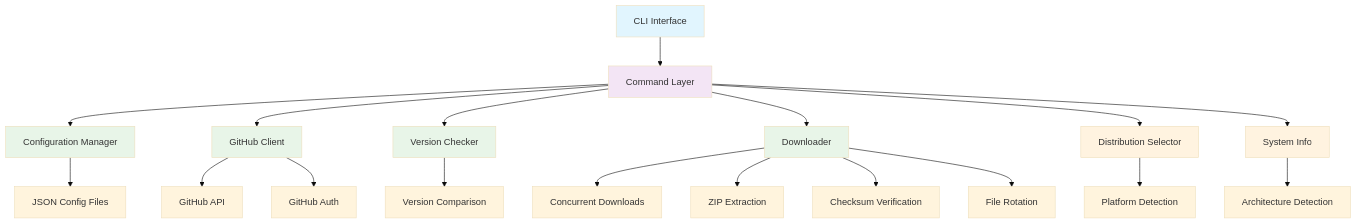
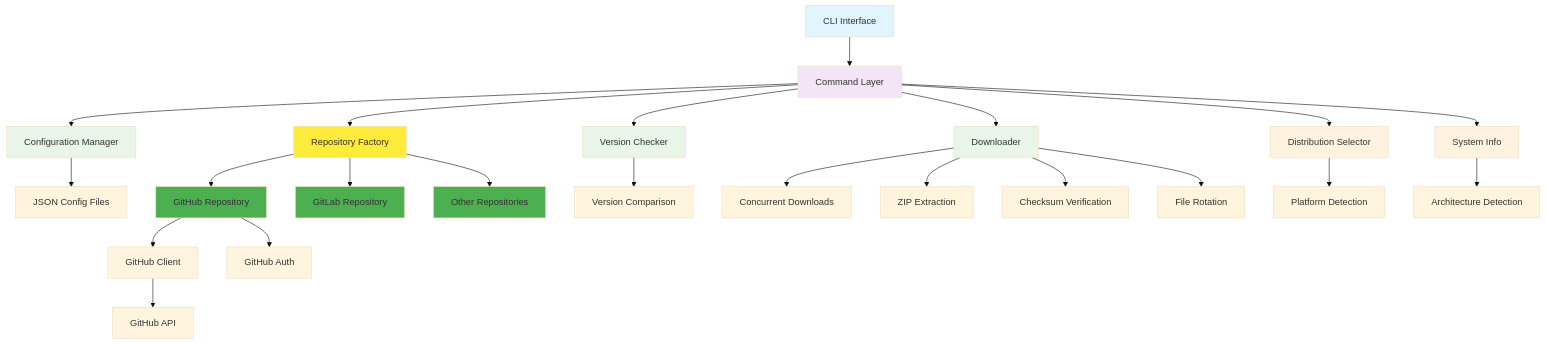
The first of 4 diagrams in docs/architecture.md (royw/appimage-updater), drawn with Mermaid (base theme) before and after one commit. The commit also changed other lines of this file and 4 other files, not shown here.

First line of the commit message:
feat: Add direct download repository handlers for non-GitHub applications

````diff
--- a/docs/architecture.md
+++ b/docs/architecture.md
@@ -7,30 +7,37 @@
 ```mermaid
 graph TB
     A[CLI Interface] --> B[Command Layer]
     B --> C[Configuration Manager]
-    B --> D[GitHub Client]
+    B --> D[Repository Factory]
     B --> E[Version Checker]
     B --> F[Downloader]
     B --> G[Distribution Selector]
     B --> H[System Info]
     
     C --> I[JSON Config Files]
-    D --> J[GitHub API]
-    D --> K[GitHub Auth]
-    E --> L[Version Comparison]
-    F --> M[Concurrent Downloads]
-    F --> N[ZIP Extraction]
-    F --> O[Checksum Verification]
-    F --> P[File Rotation]
-    G --> Q[Platform Detection]
-    H --> R[Architecture Detection]
+    D --> J[GitHub Repository]
+    D --> K[GitLab Repository]
+    D --> L[Other Repositories]
+    J --> M[GitHub Client]
+    J --> N[GitHub Auth]
+    M --> O[GitHub API]
+    E --> P[Version Comparison]
+    F --> Q[Concurrent Downloads]
+    F --> R[ZIP Extraction]
+    F --> S[Checksum Verification]
+    F --> T[File Rotation]
+    G --> U[Platform Detection]
+    H --> V[Architecture Detection]
     
     style A fill:#e1f5fe
     style B fill:#f3e5f5
     style C fill:#e8f5e8
-    style D fill:#e8f5e8
+    style D fill:#ffeb3b
     style E fill:#e8f5e8
     style F fill:#e8f5e8
     style G fill:#fff3e0
     style H fill:#fff3e0
+    style J fill:#4caf50
+    style K fill:#4caf50
+    style L fill:#4caf50
 ```
````
